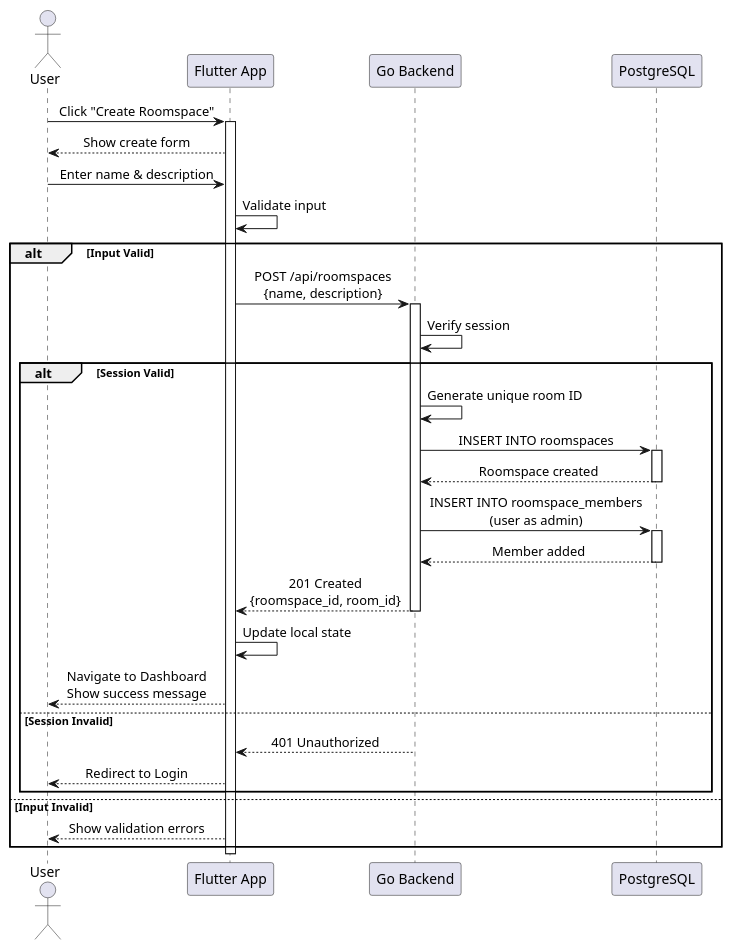
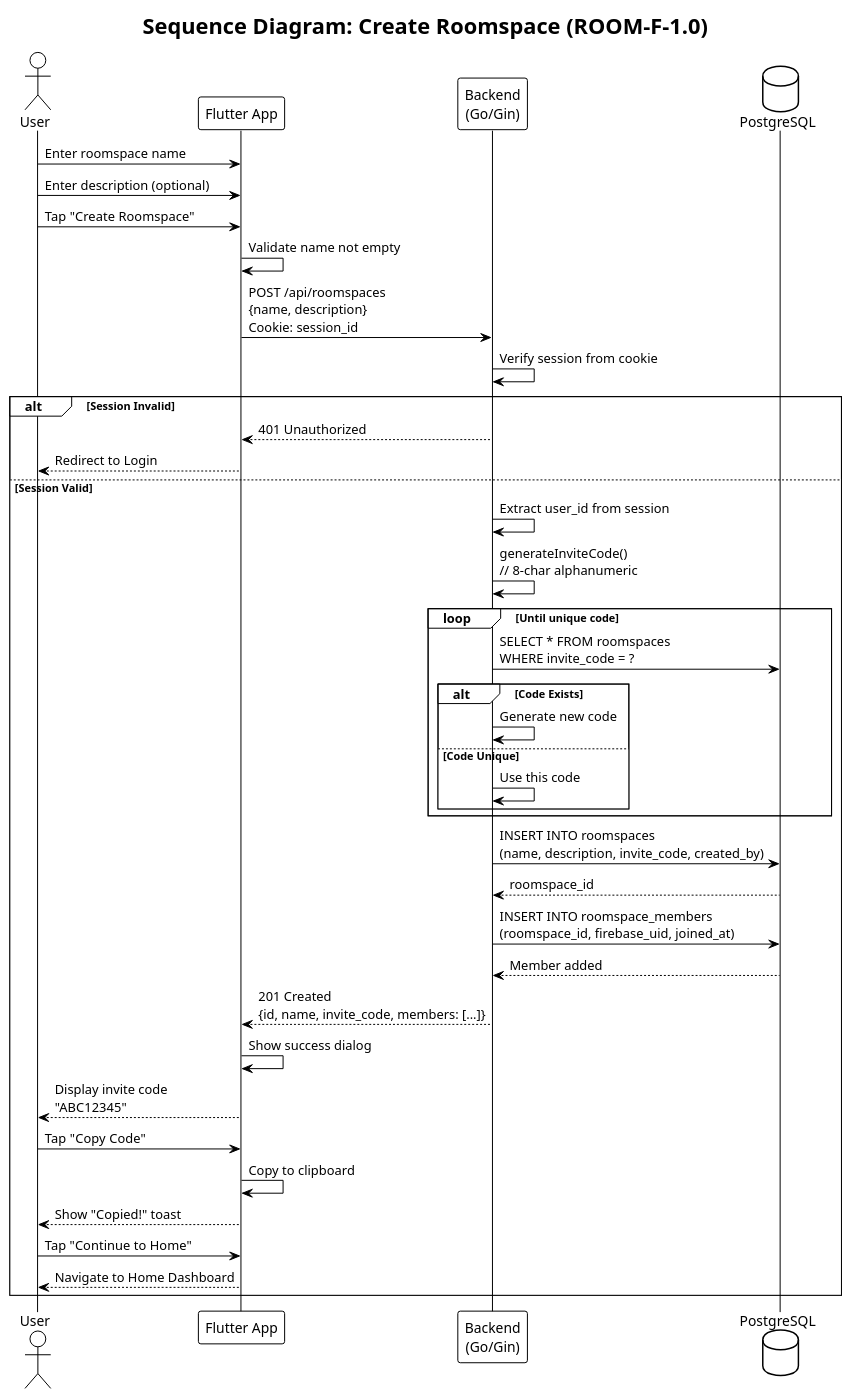
The diagram in docs/diagrams/sequence-create-roomspace.puml (Sarthakanon/RoomEase), drawn with PlantUML before and after one commit. The commit also changed 7 other files, not shown here.

Commit message:
Update documentation and diagrams

```diff
--- a/docs/diagrams/sequence-create-roomspace.puml
+++ b/docs/diagrams/sequence-create-roomspace.puml
@@ -1,57 +1,57 @@
-@startuml Create Roomspace Sequence Diagram
+@startuml Sequence Diagram - Create Roomspace (ROOM-F-1.0)
+!theme plain
 
-skinparam linetype ortho
-skinparam sequenceMessageAlign center
-skinparam BoxPadding 10
+title Sequence Diagram: Create Roomspace (ROOM-F-1.0)
 
-actor User
-participant "Flutter App" as App
-participant "Go Backend" as Backend
-participant "PostgreSQL" as DB
+actor User as user
+participant "Flutter App" as app
+participant "Backend\n(Go/Gin)" as backend
+database "PostgreSQL" as db
 
-User -> App: Click "Create Roomspace"
-activate App
+user -> app : Enter roomspace name
+user -> app : Enter description (optional)
+user -> app : Tap "Create Roomspace"
 
-App --> User: Show create form
+app -> app : Validate name not empty
 
-User -> App: Enter name & description
-App -> App: Validate input
+app -> backend : POST /api/roomspaces\n{name, description}\nCookie: session_id
 
-alt Input Valid
-    App -> Backend: POST /api/roomspaces\n{name, description}
-    activate Backend
+backend -> backend : Verify session from cookie
+
+alt Session Invalid
+    backend --> app : 401 Unauthorized
+    app --> user : Redirect to Login
+else Session Valid
+    backend -> backend : Extract user_id from session
     
-    Backend -> Backend: Verify session
+    backend -> backend : generateInviteCode()\n// 8-char alphanumeric
     
-    alt Session Valid
-        Backend -> Backend: Generate unique room ID
-        
-        Backend -> DB: INSERT INTO roomspaces
-        activate DB
-        DB --> Backend: Roomspace created
-        deactivate DB
-        
-        Backend -> DB: INSERT INTO roomspace_members\n(user as admin)
-        activate DB
-        DB --> Backend: Member added
-        deactivate DB
-        
-        Backend --> App: 201 Created\n{roomspace_id, room_id}
-        deactivate Backend
-        
-        App -> App: Update local state
-        App --> User: Navigate to Dashboard\nShow success message
-        
-    else Session Invalid
-        Backend --> App: 401 Unauthorized
-        deactivate Backend
-        App --> User: Redirect to Login
+    loop Until unique code
+        backend -> db : SELECT * FROM roomspaces\nWHERE invite_code = ?
+        alt Code Exists
+            backend -> backend : Generate new code
+        else Code Unique
+            backend -> backend : Use this code
+        end
     end
     
-else Input Invalid
-    App --> User: Show validation errors
+    backend -> db : INSERT INTO roomspaces\n(name, description, invite_code, created_by)
+    db --> backend : roomspace_id
+    
+    backend -> db : INSERT INTO roomspace_members\n(roomspace_id, firebase_uid, joined_at)
+    db --> backend : Member added
+    
+    backend --> app : 201 Created\n{id, name, invite_code, members: [...]}
+    
+    app -> app : Show success dialog
+    app --> user : Display invite code\n"ABC12345"
+    
+    user -> app : Tap "Copy Code"
+    app -> app : Copy to clipboard
+    app --> user : Show "Copied!" toast
+    
+    user -> app : Tap "Continue to Home"
+    app --> user : Navigate to Home Dashboard
 end
 
-deactivate App
-
 @enduml
```
